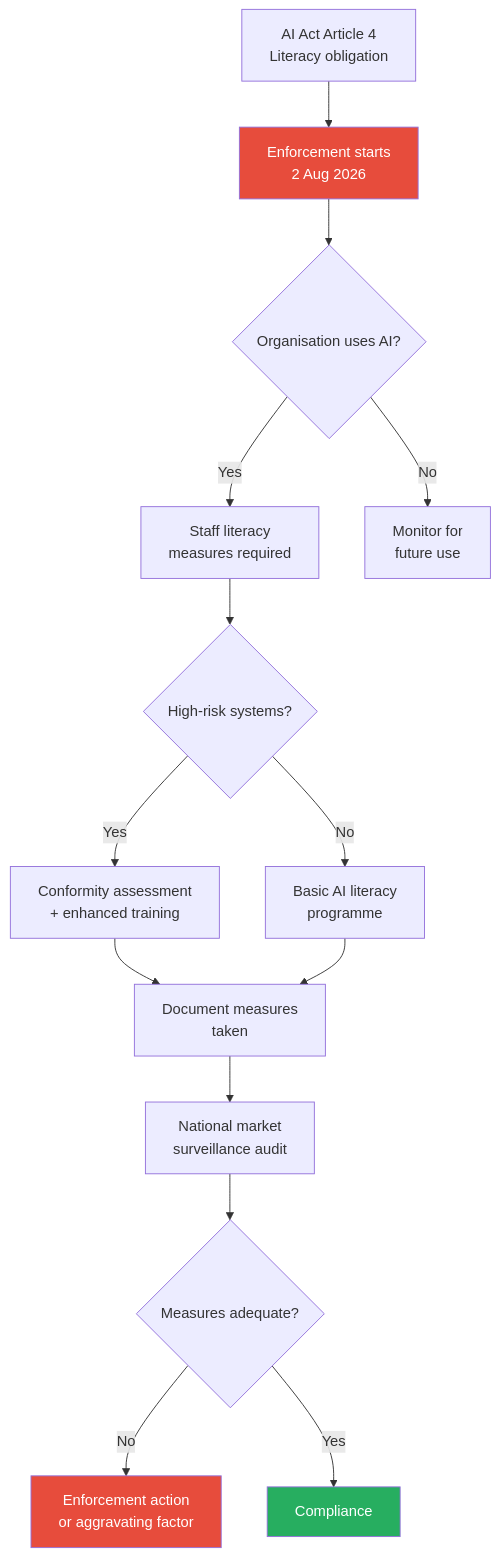
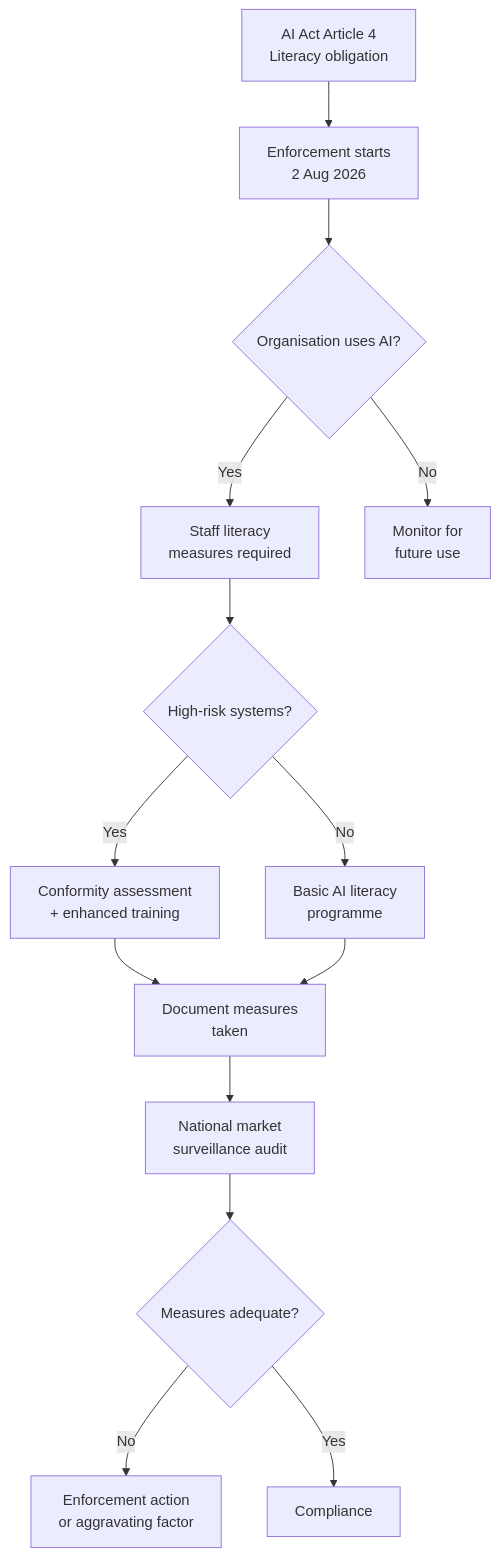
The diagram in content/blog/the-ai-act-enforcement-date-nobody-prepared-for.mdx (TarrySingh/tarrysingh-com), drawn with Mermaid before and after one commit. The commit also changed other lines of this file and 115 other files, not shown here.

````diff
--- a/content/blog/the-ai-act-enforcement-date-nobody-prepared-for.mdx
+++ b/content/blog/the-ai-act-enforcement-date-nobody-prepared-for.mdx
@@ -93,20 +89,17 @@
 ```mermaid
 flowchart TD
     A[AI Act Article 4<br/>Literacy obligation] --> B[Enforcement starts<br/>2 Aug 2026]
     B --> C{Organisation uses AI?}
     C -->|Yes| D[Staff literacy<br/>measures required]
     C -->|No| E[Monitor for<br/>future use]
     D --> F{High-risk systems?}
     F -->|Yes| G[Conformity assessment<br/>+ enhanced training]
     F -->|No| H[Basic AI literacy<br/>programme]
     G --> I[Document measures<br/>taken]
     H --> I
     I --> J[National market<br/>surveillance audit]
     J --> K{Measures adequate?}
     K -->|No| L[Enforcement action<br/>or aggravating factor]
     K -->|Yes| M[Compliance]
-    style B fill:#e74c3c,color:#fff
-    style L fill:#e74c3c,color:#fff
-    style M fill:#27ae60,color:#fff
-%% caption: The AI Act literacy enforcement pathway — August 2026 marks the beginning of supervision, not the beginning of the obligation.
+%% caption: The AI Act literacy enforcement pathway. August 2026 begins supervision; the obligation itself dates from February 2025.
 ```
````
